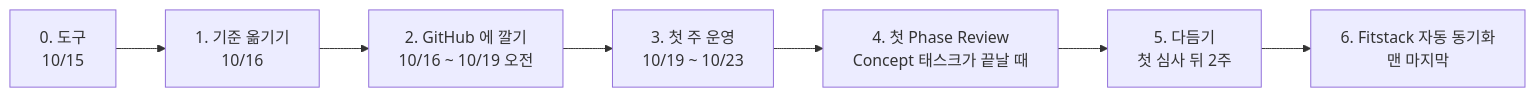
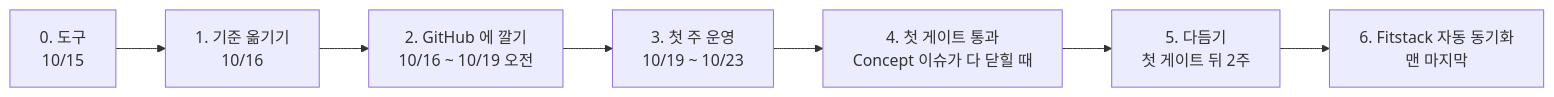
The diagram in docs/roadmap.md (GeonwooKim-fitogether/smart-dock-npi), drawn with Mermaid before and after one commit. The commit also changed other lines of this file and 2 other files, not shown here.

````diff
--- a/docs/roadmap.md
+++ b/docs/roadmap.md
@@ -19,9 +19,9 @@
 ```mermaid
 flowchart LR
   S0["0. 도구<br/>10/15"] --> S1["1. 기준 옮기기<br/>10/16"]
   S1 --> S2["2. GitHub 에 깔기<br/>10/16 ~ 10/19 오전"]
   S2 --> S3["3. 첫 주 운영<br/>10/19 ~ 10/23"]
-  S3 --> S4["4. 첫 Phase Review<br/>Concept 태스크가 끝날 때"]
-  S4 --> S5["5. 다듬기<br/>첫 심사 뒤 2주"]
+  S3 --> S4["4. 첫 게이트 통과<br/>Concept 이슈가 다 닫힐 때"]
+  S4 --> S5["5. 다듬기<br/>첫 게이트 뒤 2주"]
   S5 --> S6["6. Fitstack 자동 동기화<br/>맨 마지막"]
 ```
````
